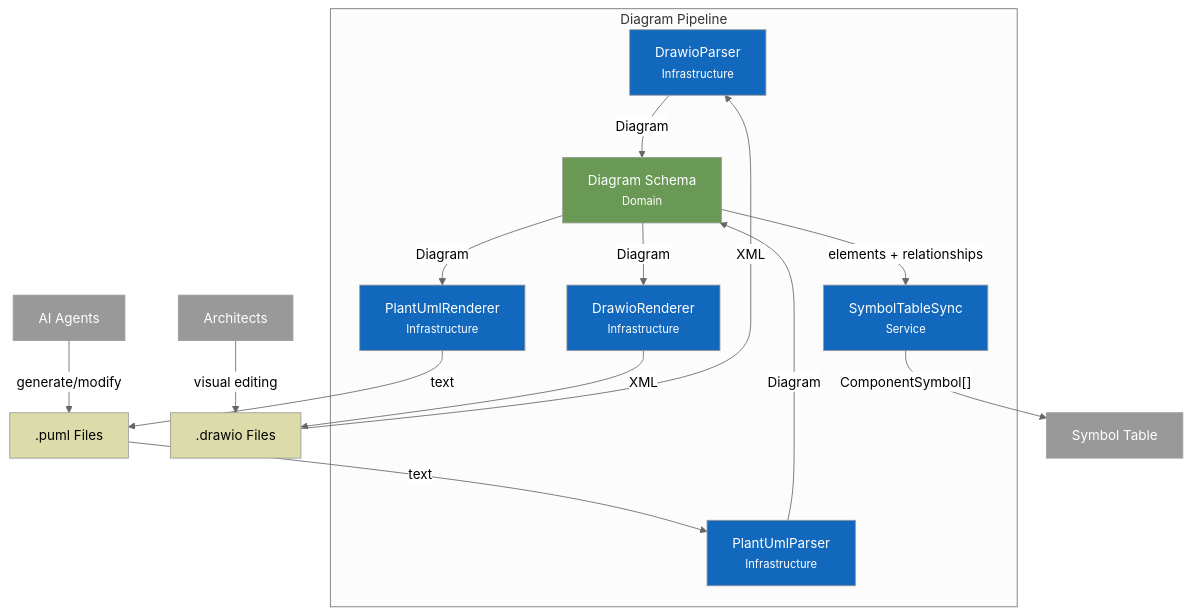
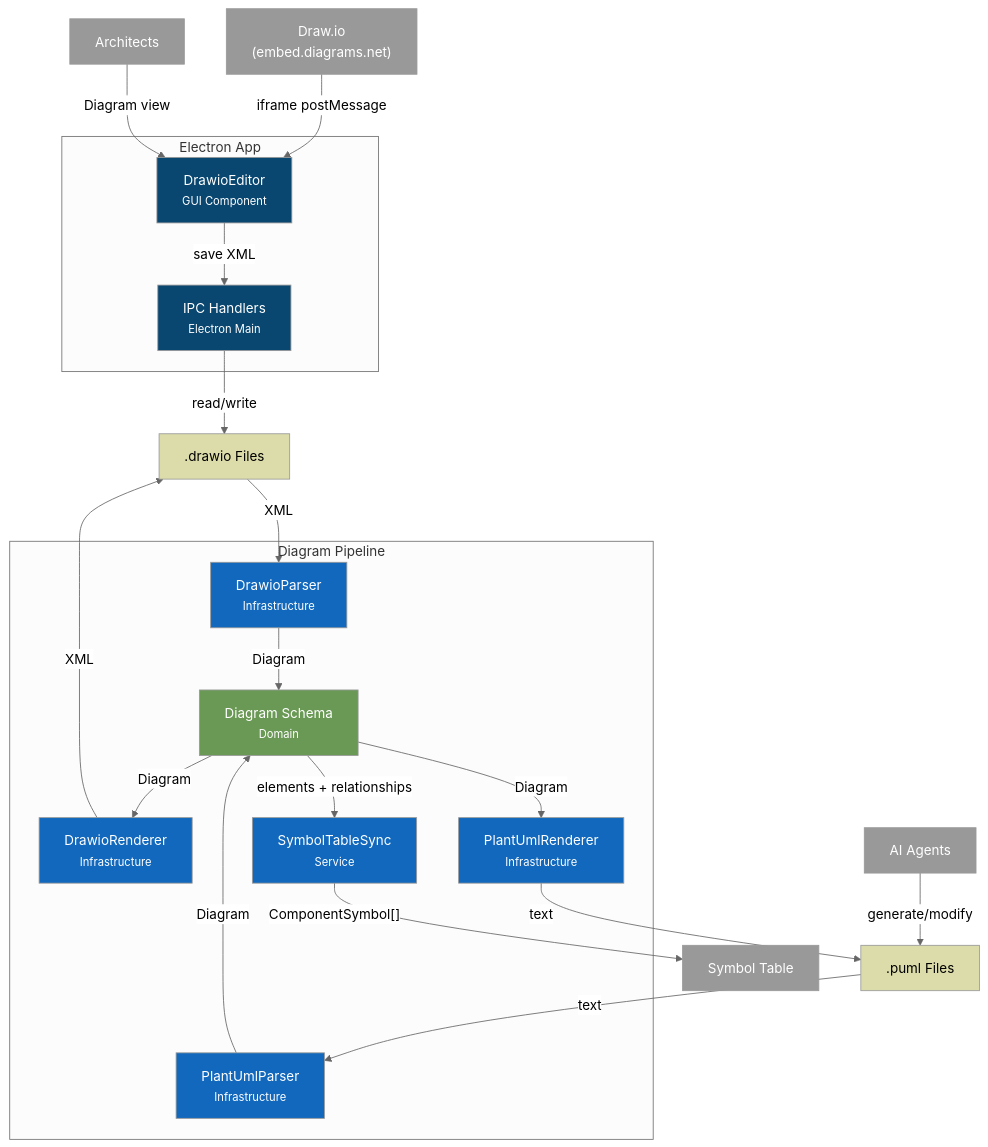
Before and after one commit to louipr/cyrus-code: the diagram in docs/c4/component-diagram-pipeline.md, drawn with Mermaid (neutral theme). The commit also changed other lines of this file and 13 other files, not shown here.

First line of the commit message:
feat: integrate Draw.io editor in standalone mode

````diff
--- a/docs/c4/component-diagram-pipeline.md
+++ b/docs/c4/component-diagram-pipeline.md
@@ -11,38 +11,48 @@
 ```mermaid
 flowchart TD
+    subgraph electron ["Electron App"]
+        editor["DrawioEditor<br/><small>GUI Component</small>"]
+        ipc["IPC Handlers<br/><small>Electron Main</small>"]
+    end
+
     subgraph pipeline ["Diagram Pipeline"]
         parser["DrawioParser<br/><small>Infrastructure</small>"]
         renderer["DrawioRenderer<br/><small>Infrastructure</small>"]
         pumlParser["PlantUmlParser<br/><small>Infrastructure</small>"]
         pumlRenderer["PlantUmlRenderer<br/><small>Infrastructure</small>"]
         sync["SymbolTableSync<br/><small>Service</small>"]
         schema["Diagram Schema<br/><small>Domain</small>"]
     end
 
-    drawio[".drawio Files"] -->|"XML"| parser
+    drawio_embed["Draw.io<br/>(embed.diagrams.net)"] -->|"iframe postMessage"| editor
+    editor -->|"save XML"| ipc
+    ipc -->|"read/write"| drawio[".drawio Files"]
+    drawio -->|"XML"| parser
     parser -->|"Diagram"| schema
     schema -->|"Diagram"| renderer
     renderer -->|"XML"| drawio
 
     puml[".puml Files"] -->|"text"| pumlParser
     pumlParser -->|"Diagram"| schema
     schema -->|"Diagram"| pumlRenderer
     pumlRenderer -->|"text"| puml
 
     schema -->|"elements + relationships"| sync
     sync -->|"ComponentSymbol[]"| registry["Symbol Table"]
 
     ai["AI Agents"] -->|"generate/modify"| puml
-    human["Architects"] -->|"visual editing"| drawio
+    human["Architects"] -->|"Diagram view"| editor
 
     classDef component fill:#1168bd,color:#fff
     classDef schema fill:#6a9955,color:#fff
     classDef external fill:#999,color:#fff
     classDef file fill:#dcdcaa,color:#000
+    classDef gui fill:#094771,color:#fff
 
     class parser,renderer,pumlParser,pumlRenderer,sync component
     class schema schema
-    class registry external
+    class registry,drawio_embed external
     class drawio,puml file
     class ai,human external
+    class editor,ipc gui
 ```
````
